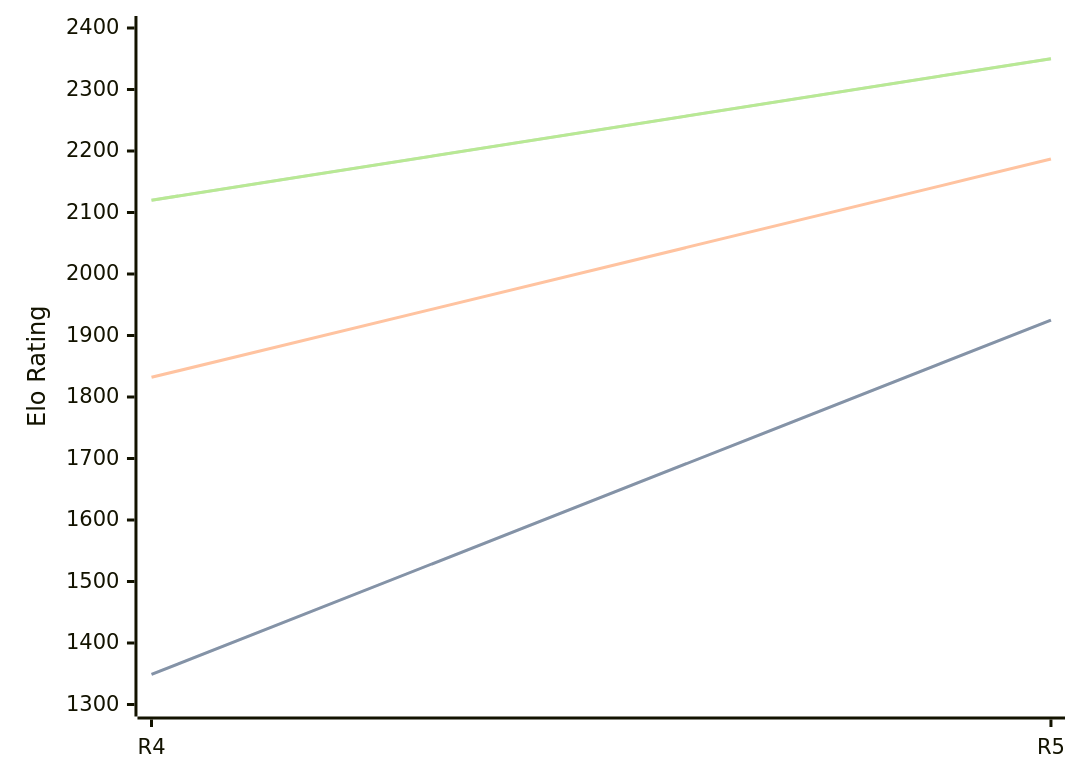
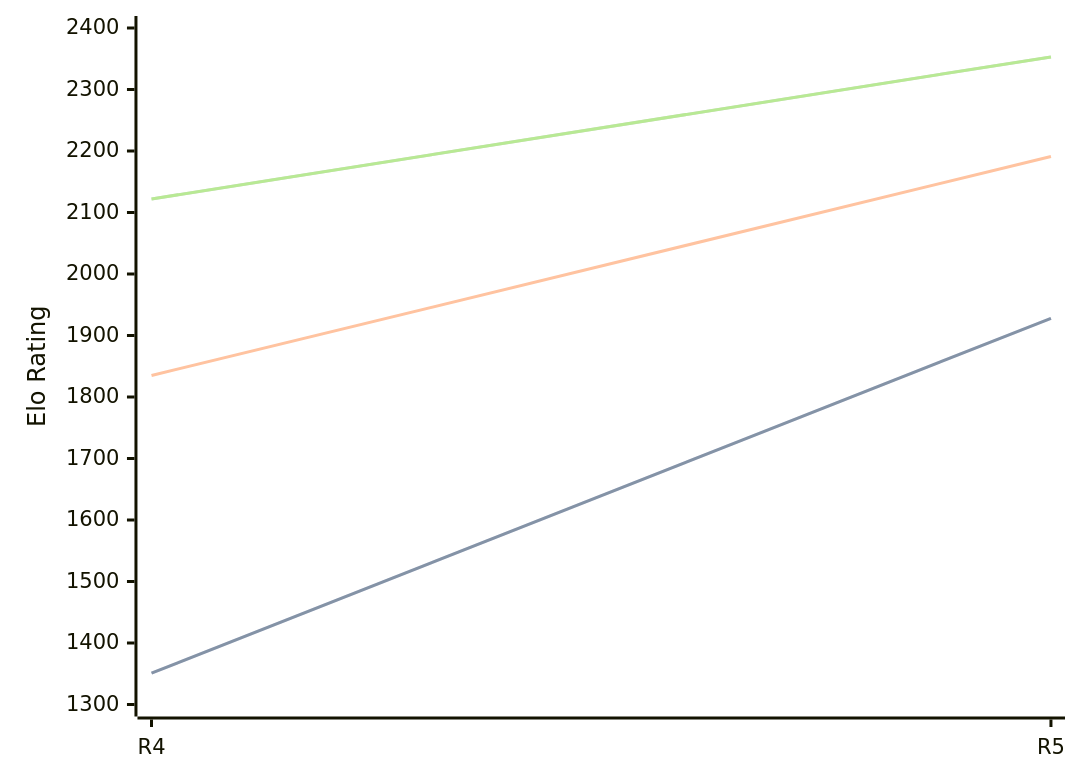
One commit to computer-chess-index/cci changed the diagram in engines/Viking.md. Above: the diagram before and after it, drawn with Mermaid. The commit also changed other lines of this file, not shown here.

Commit message:
Update CCI Ratings (ELO VLTC) - 2026-09-24

````diff
--- a/engines/Viking.md
+++ b/engines/Viking.md
@@ -35,11 +35,11 @@
 ```mermaid
 %%{init: {"theme":"base","themeVariables":{"seriesColors:['#a3a3a3','#222221','#faa371']}}}%%
 xychart-beta
   x-axis ["R4", "R5"]
   y-axis "Elo Rating" 1300 --> 2400
-  line "" [1349, 1925]
-  line "STC (8.0+0.08s)" [1349, 1925]
-  line "LTC (60.0+0.60s)" [1832, 2187]
-  line "" [2120, 2350]
-  line "VLTC (2m24s+1.12s)" [2120, 2350]
+  line "" [1351, 1928]
+  line "STC (8.0+0.08s)" [1351, 1928]
+  line "LTC (60.0+0.60s)" [1835, 2191]
+  line "" [2122, 2353]
+  line "VLTC (2m24s+1.12s)" [2122, 2353]
 ```
````
